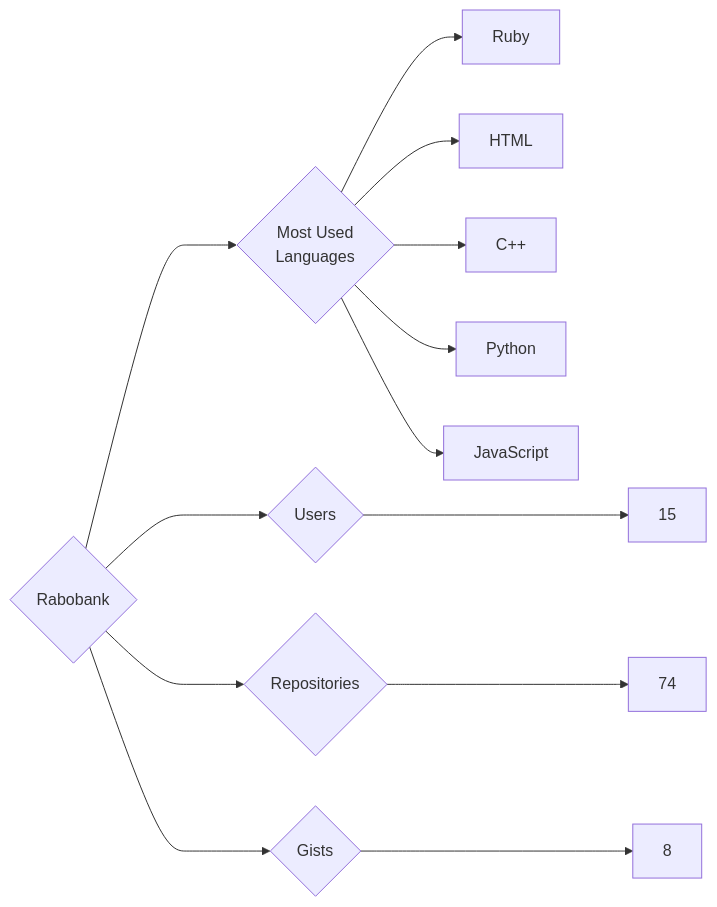
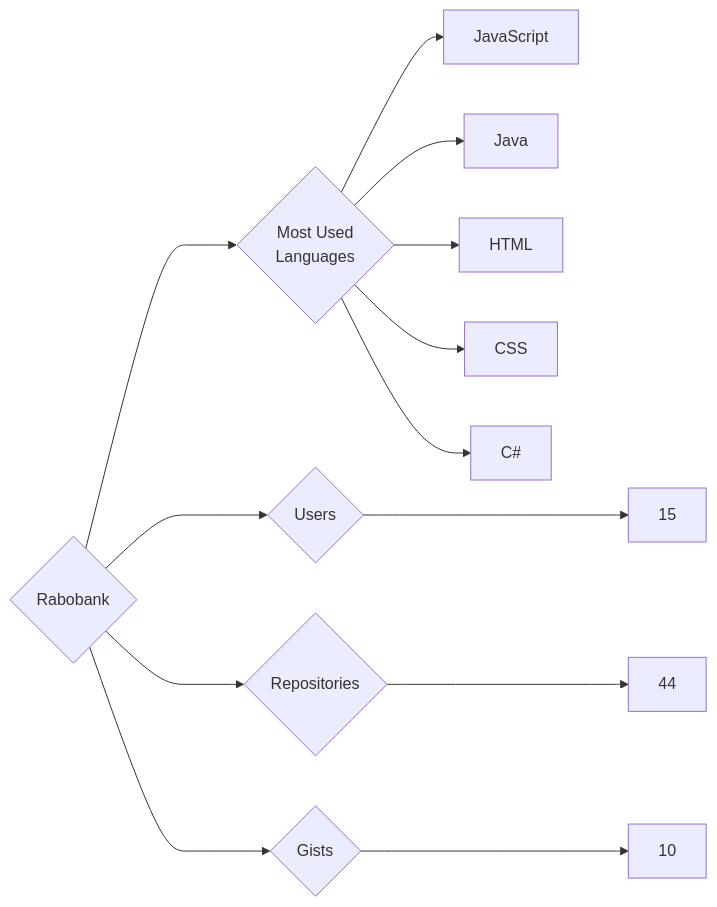
The diagram in targets/Rabobank/README.md (trickest/insiders), drawn with Mermaid before and after one commit. The commit also changed 948 other files, not shown here.

````diff
--- a/targets/Rabobank/README.md
+++ b/targets/Rabobank/README.md
@@ -3,13 +3,13 @@
 ```mermaid
 graph LR
 COMPANY_NAME{Rabobank}
 COMPANY_NAME ---> U{Users} ---> UN[15]
-COMPANY_NAME ---> R{Repositories} ---> RN[74]
-COMPANY_NAME ---> G{Gists} ---> GN[8]
+COMPANY_NAME ---> R{Repositories} ---> RN[44]
+COMPANY_NAME ---> G{Gists} ---> GN[10]
 COMPANY_NAME ---> ML{Most Used<br>Languages}
-ML --> Ruby[Ruby]
+ML --> JavaScript[JavaScript]
+ML --> Java[Java]
 ML --> HTML[HTML]
-ML --> C++[C++]
-ML --> Python[Python]
-ML --> JavaScript[JavaScript]
+ML --> CSS[CSS]
+ML --> C#[C#]
 ```
````
